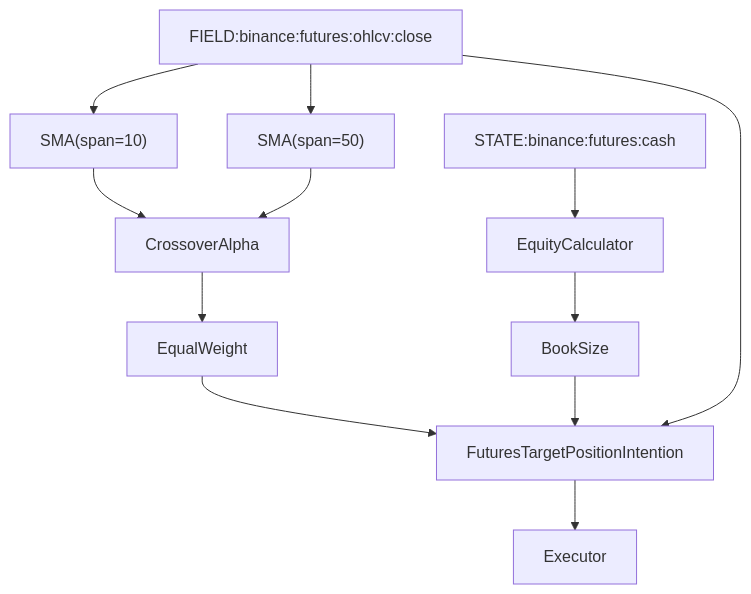
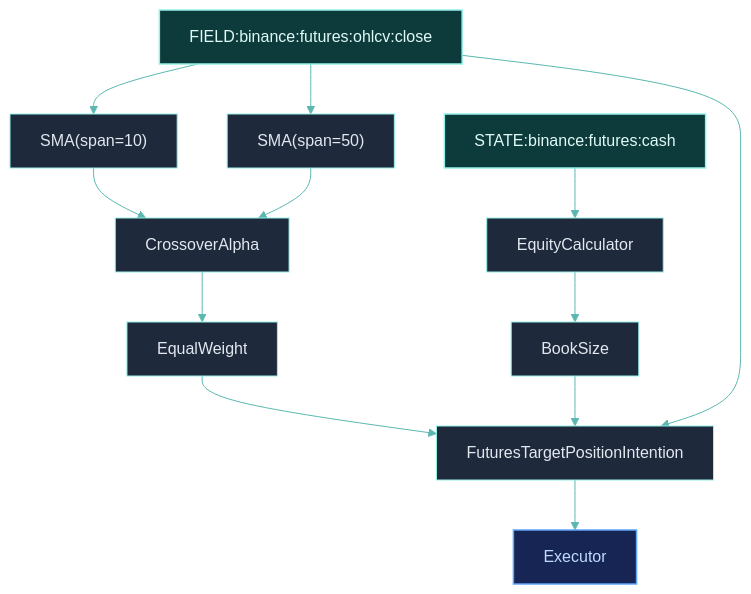
One commit to Clypt/docs changed the third of 3 diagrams in getting-started/architecture-overview.mdx. Above: the diagram before and after it, drawn with Mermaid. The commit also changed other lines of this file and 73 other files, not shown here.

````diff
--- a/getting-started/architecture-overview.mdx
+++ b/getting-started/architecture-overview.mdx
@@ -113,20 +136,27 @@
 ```mermaid
+%%{init: {'theme': 'base', 'themeVariables': { 'primaryColor': '#1e293b', 'primaryTextColor': '#e2e8f0', 'primaryBorderColor': '#94F1E8', 'lineColor': '#5bb8b0', 'clusterBkg': '#0f172a', 'clusterBorder': '#1e3a3a', 'titleColor': '#94F1E8', 'edgeLabelBackground': 'transparent' }}}%%
 flowchart TB
+    classDef source fill:#0d3b3b,stroke:#94F1E8,stroke-width:1.5px,color:#e0faf7
+    classDef action fill:#172554,stroke:#60a5fa,stroke-width:1.5px,color:#bfdbfe
+
     FIELD["FIELD:binance:futures:ohlcv:close"]
     STATE["STATE:binance:futures:cash"]
 
     FIELD --> SMA10["SMA(span=10)"]
     FIELD --> SMA50["SMA(span=50)"]
     SMA10 --> Cross["CrossoverAlpha"]
     SMA50 --> Cross
     Cross --> EW["EqualWeight"]
 
     STATE --> Equity["EquityCalculator"]
     Equity --> Book["BookSize"]
 
     EW --> Intention["FuturesTargetPositionIntention"]
     Book --> Intention
     FIELD --> Intention
 
     Intention --> Exec["Executor"]
+
+    class FIELD,STATE source
+    class Exec action
 ```
````
